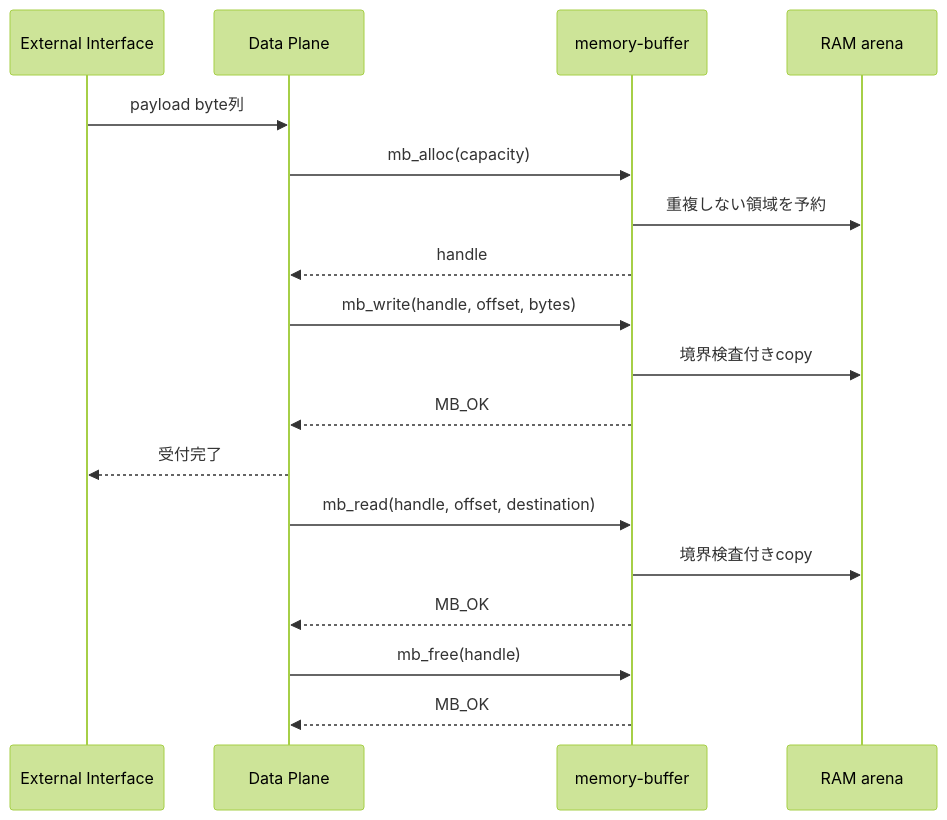
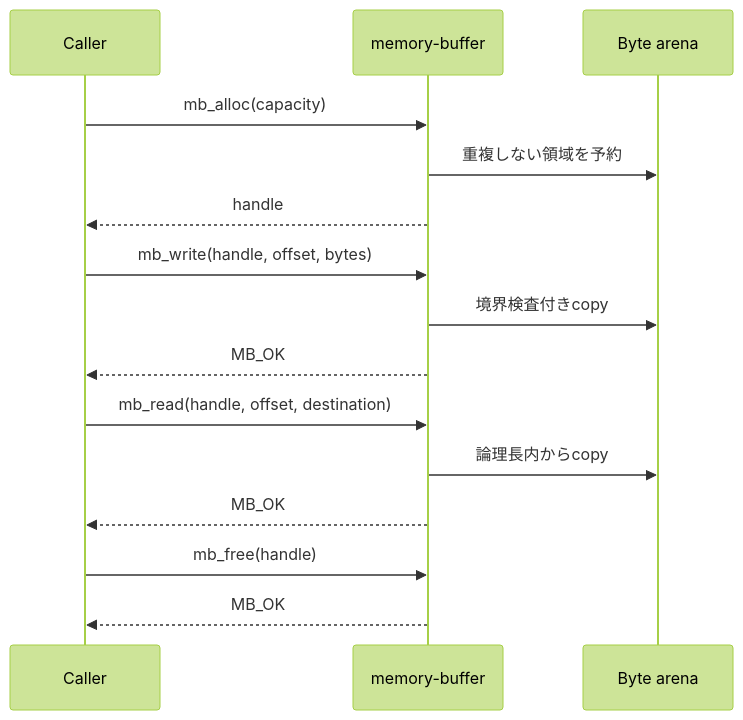
Before and after one commit to kingoro/sample-sandbox: the first of 2 diagrams in memory-buffer/docs/usage.md, drawn with Mermaid (forest theme). The commit also changed other lines of this file and 17 other files, not shown here.

````diff
--- a/memory-buffer/docs/usage.md
+++ b/memory-buffer/docs/usage.md
@@ -34,22 +36,18 @@
 ```mermaid
 sequenceDiagram
-    participant E as External Interface
-    participant D as Data Plane
+    participant C as Caller
     participant M as memory-buffer
-    participant R as RAM arena
+    participant A as Byte arena
 
-    E->>D: payload byte列
-    D->>M: mb_alloc(capacity)
-    M->>R: 重複しない領域を予約
-    M-->>D: handle
-    D->>M: mb_write(handle, offset, bytes)
-    M->>R: 境界検査付きcopy
-    M-->>D: MB_OK
-    D-->>E: 受付完了
-
-    D->>M: mb_read(handle, offset, destination)
-    M->>R: 境界検査付きcopy
-    M-->>D: MB_OK
-    D->>M: mb_free(handle)
-    M-->>D: MB_OK
+    C->>M: mb_alloc(capacity)
+    M->>A: 重複しない領域を予約
+    M-->>C: handle
+    C->>M: mb_write(handle, offset, bytes)
+    M->>A: 境界検査付きcopy
+    M-->>C: MB_OK
+    C->>M: mb_read(handle, offset, destination)
+    M->>A: 論理長内からcopy
+    M-->>C: MB_OK
+    C->>M: mb_free(handle)
+    M-->>C: MB_OK
 ```
````
